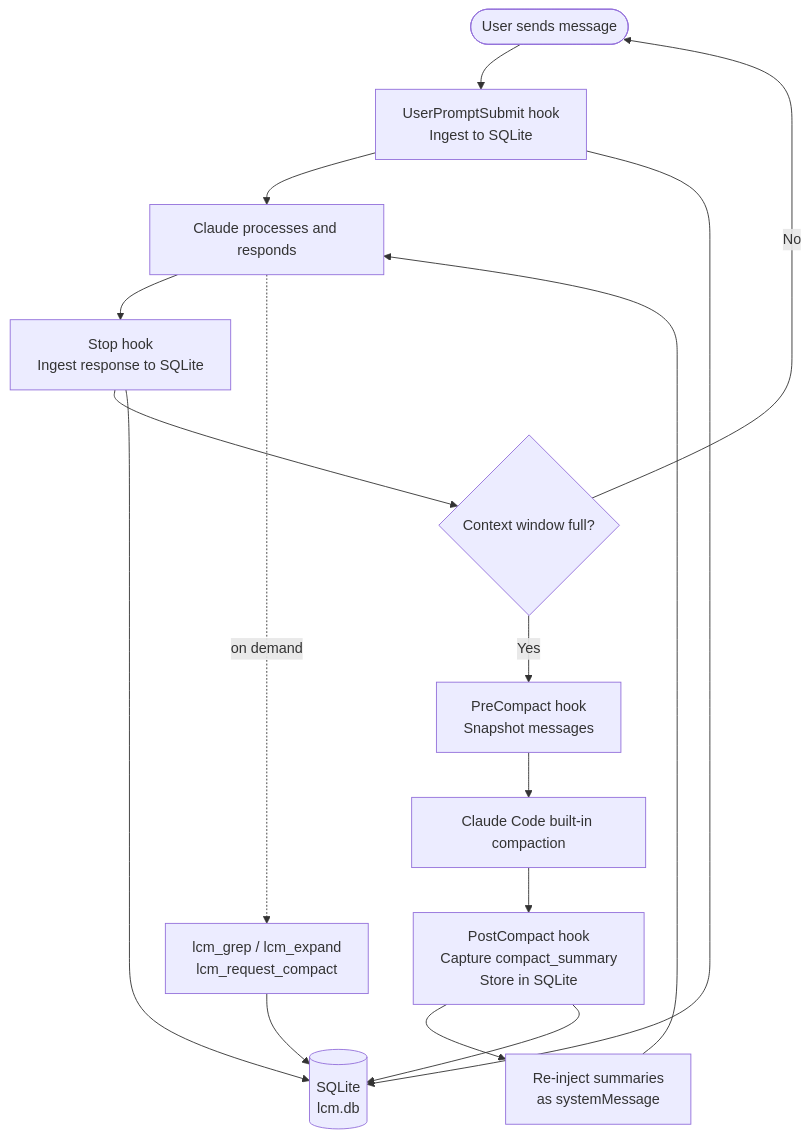
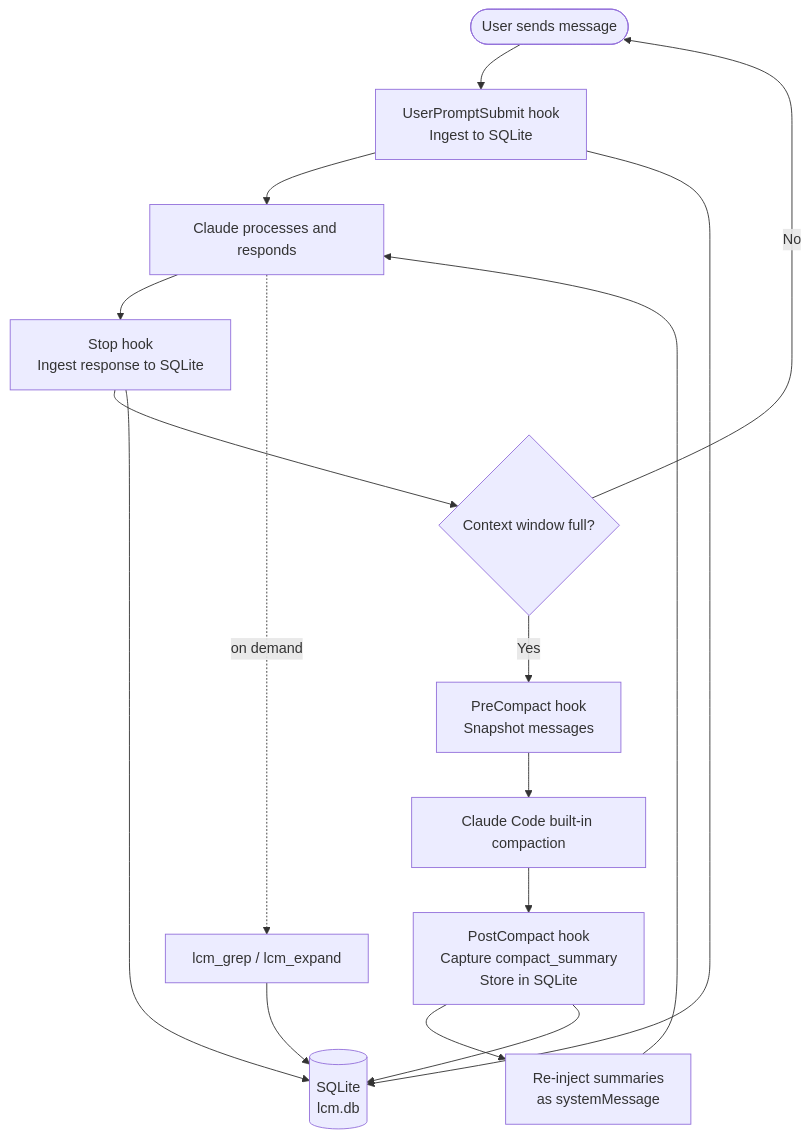
One commit to isaiahbernados/lcm changed the diagram in README.md. Above: the diagram before and after it, drawn with Mermaid. The commit also changed other lines of this file and 22 other files, not shown here.

````diff
--- a/README.md
+++ b/README.md
@@ -46,19 +46,19 @@
 ```mermaid
 flowchart TD
     A([User sends message]) --> B[UserPromptSubmit hook\nIngest to SQLite]
     B --> C[Claude processes and responds]
     C --> D[Stop hook\nIngest response to SQLite]
     D --> E{Context window full?}
     E -- No --> A
     E -- Yes --> F[PreCompact hook\nSnapshot messages]
     F --> G[Claude Code built-in compaction]
     G --> H[PostCompact hook\nCapture compact_summary\nStore in SQLite]
     H --> I[Re-inject summaries\nas systemMessage]
     I --> C
 
-    C -. on demand .-> J[lcm_grep / lcm_expand\nlcm_request_compact]
+    C -. on demand .-> J[lcm_grep / lcm_expand]
     J --> DB[(SQLite\nlcm.db)]
     B --> DB
     D --> DB
     H --> DB
 ```
````
